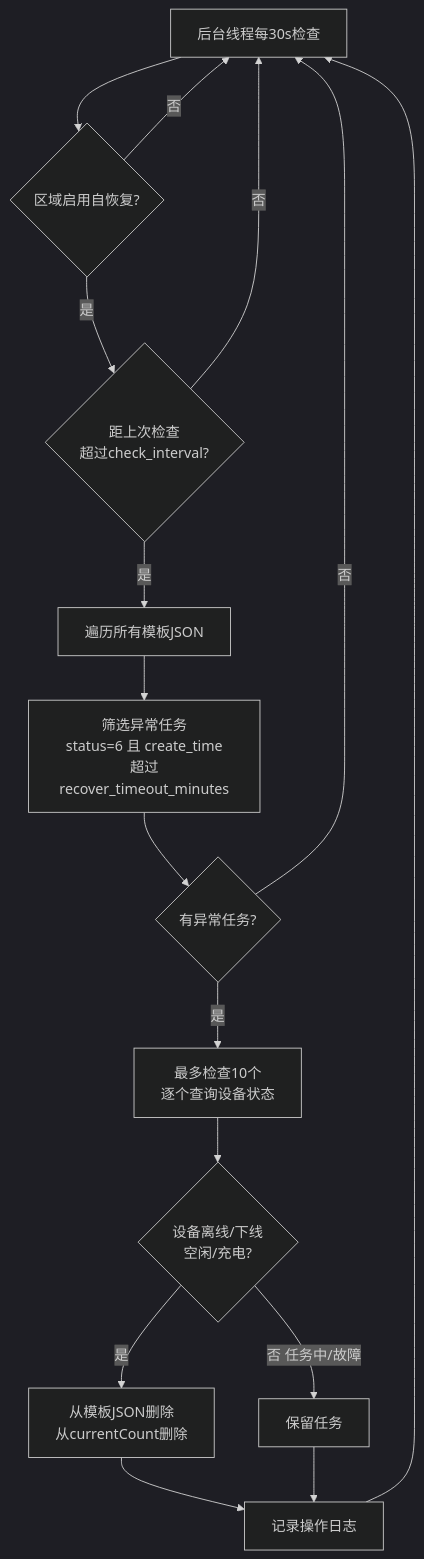
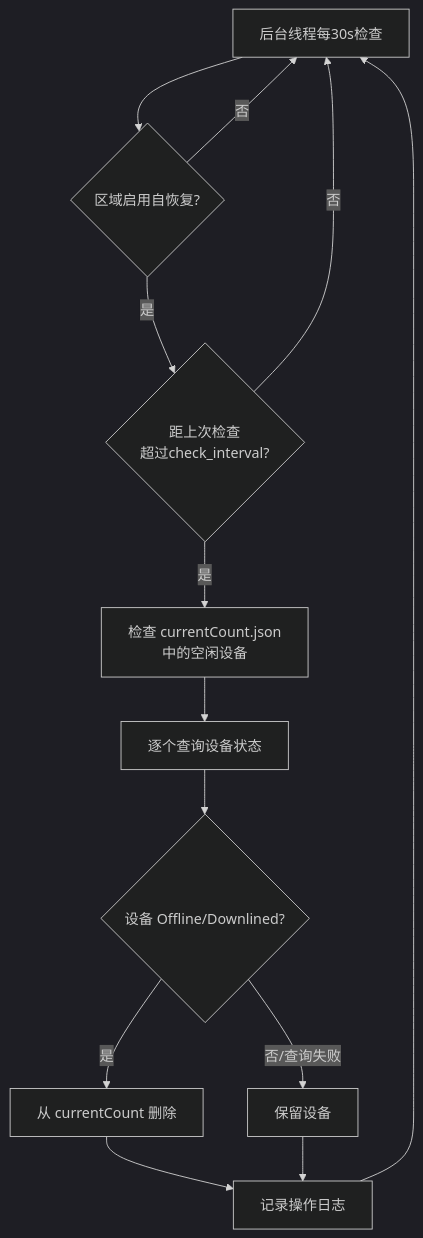
The fifth of 5 diagrams in templates/dispatch/readme.md (1021143806/cross_env_manager), drawn with Mermaid (dark theme) before and after one commit. The commit also changed other lines of this file and 2 other files, not shown here.

First line of the commit message:
feat(dispatch): 将每日统计改为每小时统计并优化折线图

````diff
--- a/templates/dispatch/readme.md
+++ b/templates/dispatch/readme.md
@@ -424,18 +478,15 @@
 ```mermaid
 flowchart TD
     A[后台线程每30s检查] --> B{区域启用自恢复?}
     B -->|否| A
     B -->|是| C{距上次检查<br/>超过check_interval?}
     C -->|否| A
-    C -->|是| D[遍历所有模板JSON]
-    D --> E[筛选异常任务<br/>status=6 且 create_time<br/>超过recover_timeout_minutes]
-    E --> F{有异常任务?}
-    F -->|否| A
-    F -->|是| G[最多检查10个<br/>逐个查询设备状态]
-    G --> H{设备离线/下线<br/>空闲/充电?}
-    H -->|是| I[从模板JSON删除<br/>从currentCount删除]
-    H -->|否 任务中/故障| J[保留任务]
-    I --> K[记录操作日志]
-    J --> K
-    K --> A
+    C -->|是| D[检查 currentCount.json<br/>中的空闲设备]
+    D --> E[逐个查询设备状态]
+    E --> F{设备 Offline/Downlined?}
+    F -->|是| G[从 currentCount 删除]
+    F -->|否/查询失败| H[保留设备]
+    G --> I[记录操作日志]
+    H --> I
+    I --> A
 ```
````
